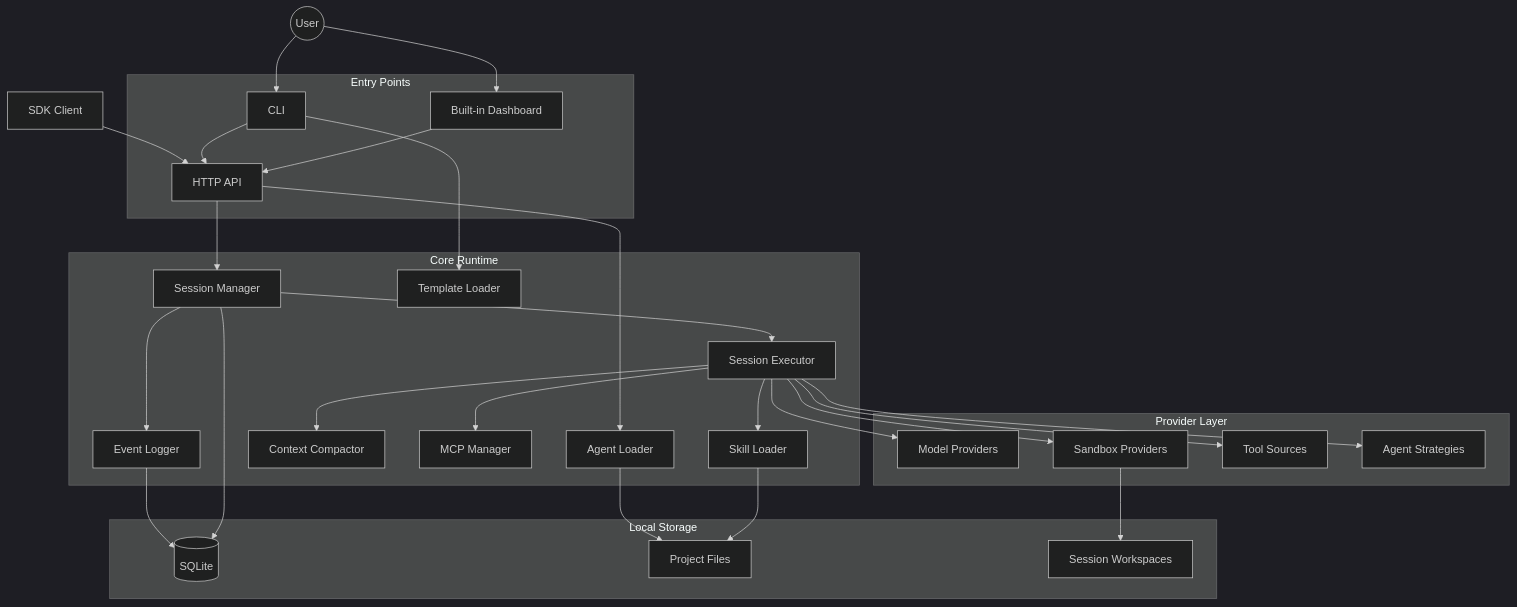
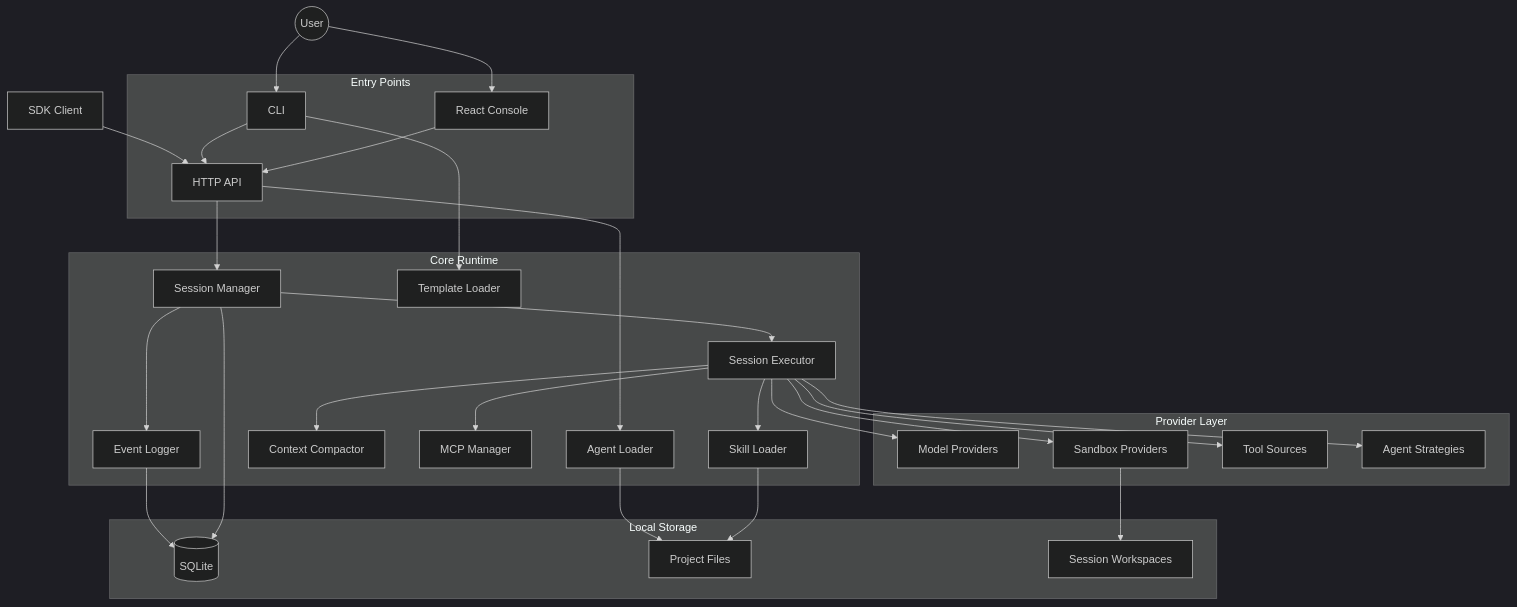
Before and after one commit to sandbaseai/managed-agents: the first of 8 diagrams in docs/spec/architecture.md, drawn with Mermaid (dark theme). The commit also changed other lines of this file and 53 other files, not shown here.

````diff
--- a/docs/spec/architecture.md
+++ b/docs/spec/architecture.md
@@ -5,61 +5,61 @@
 ```mermaid
 graph TB
     User((User))
     SDK[SDK Client]
 
     subgraph Entry["Entry Points"]
         CLI[CLI]
         API[HTTP API]
-        Dashboard[Built-in Dashboard]
+        Console[React Console]
     end
 
     User --> CLI
-    User --> Dashboard
+    User --> Console
     SDK --> API
     CLI --> API
-    Dashboard --> API
+    Console --> API
 
     subgraph Core["Core Runtime"]
         Agents[Agent Loader]
         Sessions[Session Manager]
         Executor[Session Executor]
         Events[Event Logger]
         Compaction[Context Compactor]
         MCP[MCP Manager]
         Skills[Skill Loader]
         Templates[Template Loader]
     end
 
     API --> Agents
     API --> Sessions
     Sessions --> Executor
     Sessions --> Events
     Executor --> Compaction
     Executor --> MCP
     Executor --> Skills
     CLI --> Templates
 
     subgraph Providers["Provider Layer"]
         Models[Model Providers]
         Sandboxes[Sandbox Providers]
         Tools[Tool Sources]
         Strategies[Agent Strategies]
     end
 
     Executor --> Models
     Executor --> Sandboxes
     Executor --> Tools
     Executor --> Strategies
 
     subgraph Storage["Local Storage"]
         SQLite[(SQLite)]
         ProjectFiles[Project Files]
         Workspaces[Session Workspaces]
     end
 
     Events --> SQLite
     Sessions --> SQLite
     Agents --> ProjectFiles
     Skills --> ProjectFiles
     Sandboxes --> Workspaces
 ```
````
